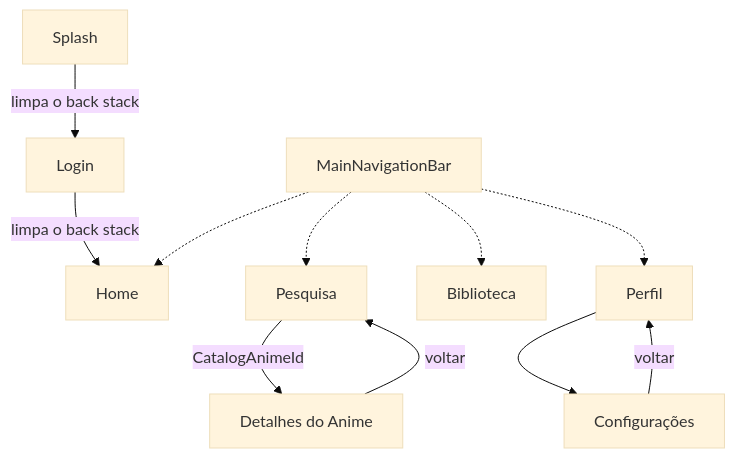
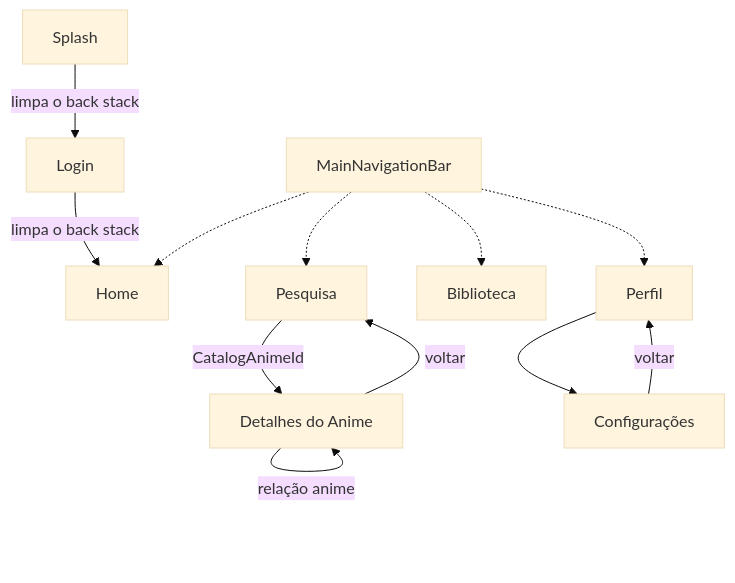
One commit to Drufontael/mykytadu-app changed the first of 10 diagrams in docs/modelagem.md. Above: the diagram before and after it, drawn with Mermaid (base theme). The commit also changed other lines of this file and 9 other files, not shown here.

First line of the commit message:
feat(details): enable navigation for anime relations

````diff
--- a/docs/modelagem.md
+++ b/docs/modelagem.md
@@ -131,29 +131,30 @@
 ```mermaid
 flowchart TD
     Splash["Splash"]
 
     Login["Login"]
     Home["Home"]
     Search["Pesquisa"]
     AnimeDetails["Detalhes do Anime"]
     Library["Biblioteca"]
     Profile["Perfil"]
     Settings["Configurações"]
 
     MainNavigation["MainNavigationBar"]
 
     Splash -->|limpa o back stack| Login
     Login -->|limpa o back stack| Home
 
     MainNavigation -.-> Home
     MainNavigation -.-> Search
     MainNavigation -.-> Library
     MainNavigation -.-> Profile
 
     Search -->|CatalogAnimeId| AnimeDetails
+    AnimeDetails -->|relação anime| AnimeDetails
 
     Profile --> Settings
 
     AnimeDetails -->|voltar| Search
     Settings -->|voltar| Profile
 ```
````
